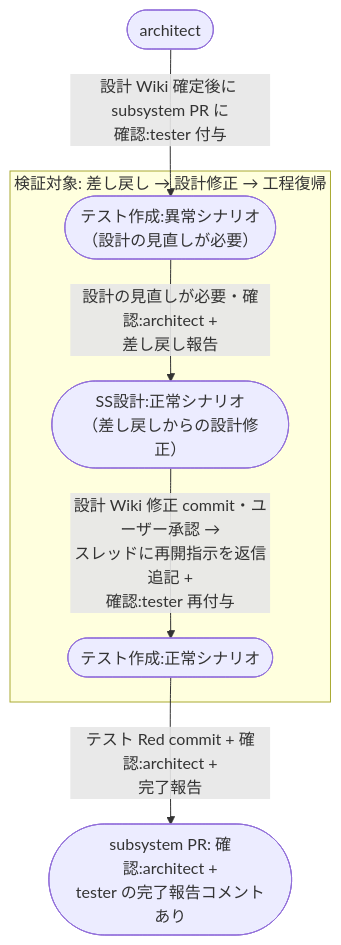
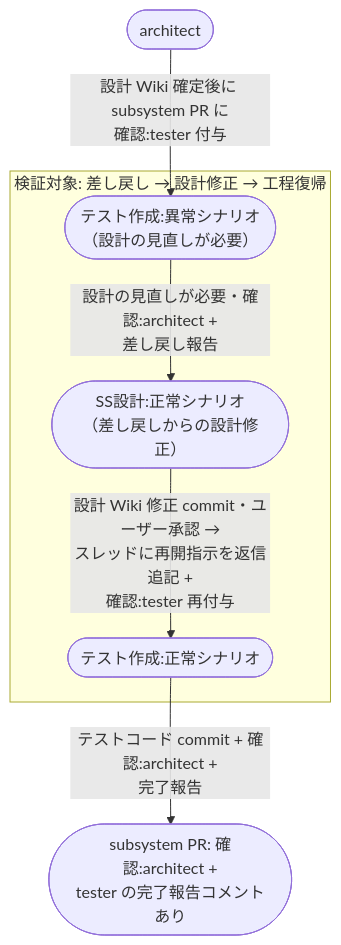
One commit to shuhei1101/ai-monitor changed the first of 2 diagrams in docs/wiki/設計図/シナリオ/複合ユースケース/設計差し戻しからの設計修正.md. Above: the diagram before and after it, drawn with Mermaid. The commit also changed other lines of this file and 304 other files, not shown here.

````diff
--- a/docs/wiki/設計図/シナリオ/複合ユースケース/設計差し戻しからの設計修正.md
+++ b/docs/wiki/設計図/シナリオ/複合ユースケース/設計差し戻しからの設計修正.md
@@ -27,15 +27,15 @@
 ```mermaid
 flowchart TD
   A0([architect]) -->|設計 Wiki 確定後に subsystem PR に<br>確認:tester 付与| UC1
 
   subgraph FOCUS["検証対象: 差し戻し → 設計修正 → 工程復帰"]
     UC1([テスト作成:異常シナリオ<br>（設計の見直しが必要）]) -->|設計の見直しが必要・確認:architect +<br>差し戻し報告| UC2([SS設計:正常シナリオ<br>（差し戻しからの設計修正）])
     UC2 -->|設計 Wiki 修正 commit・ユーザー承認 →<br>スレッドに再開指示を返信追記 +<br>確認:tester 再付与| UC3([テスト作成:正常シナリオ])
   end
 
-  UC3 -->|テスト Red commit + 確認:architect +<br>完了報告| DONE([subsystem PR: 確認:architect +<br>tester の完了報告コメントあり])
+  UC3 -->|テストコード commit + 確認:architect +<br>完了報告| DONE([subsystem PR: 確認:architect +<br>tester の完了報告コメントあり])
 
   click UC1 "../単一ユースケース/テスト作成.md#異常シナリオ設計の見直しが必要"
   click UC2 "../単一ユースケース/SS設計.md#正常シナリオ差し戻しからの設計修正"
   click UC3 "../単一ユースケース/テスト作成.md#正常シナリオ"
 ```
````
